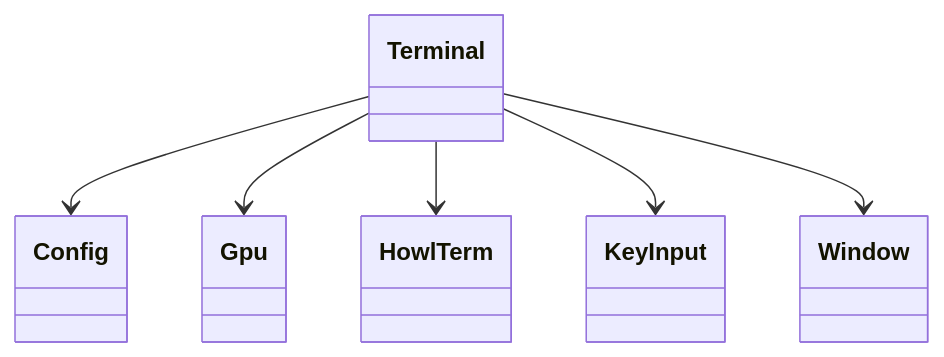
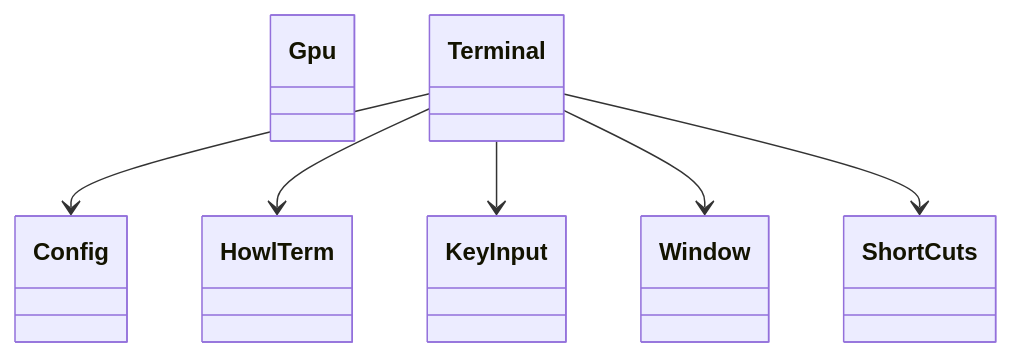
The first of 3 diagrams in design.md (LaurenceGuws/howl-linux-host), drawn with Mermaid before and after one commit. The commit also changed other lines of this file and 17 other files, not shown here.

````diff
--- a/design.md
+++ b/design.md
@@ -18,15 +21,16 @@
 ```mermaid
 classDiagram
     class Config
     class Window
     class KeyInput
+    class ShortCuts
     class Gpu
     class HowlTerm
     class Terminal
 
     Terminal --> Config
-    Terminal --> Gpu
     Terminal --> HowlTerm
     Terminal --> KeyInput
     Terminal --> Window
+    Terminal --> ShortCuts
 ```
````
